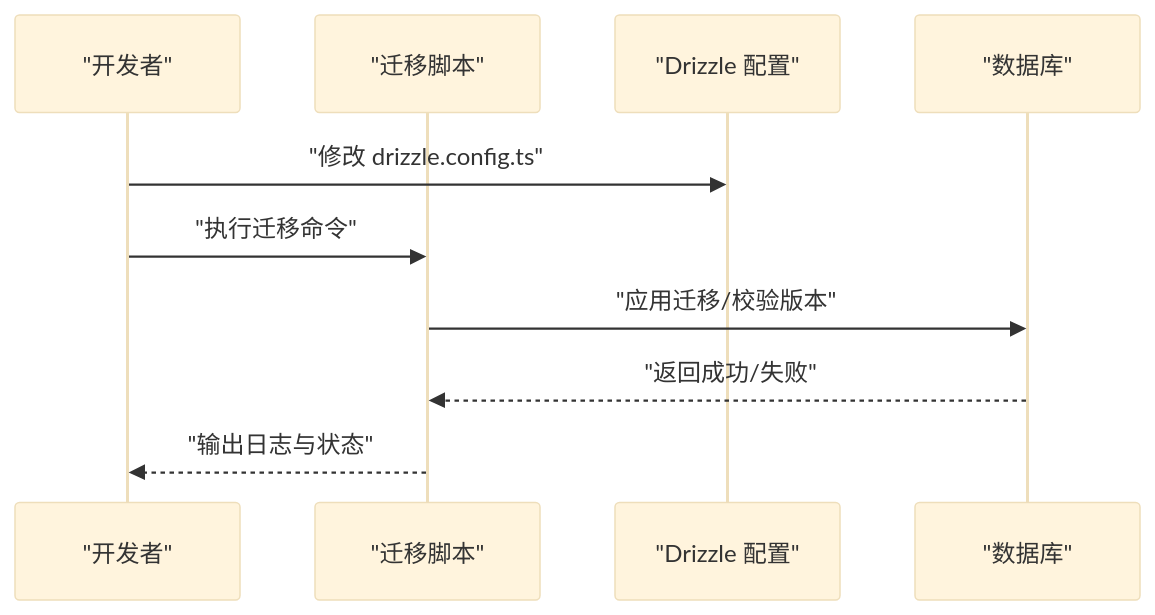
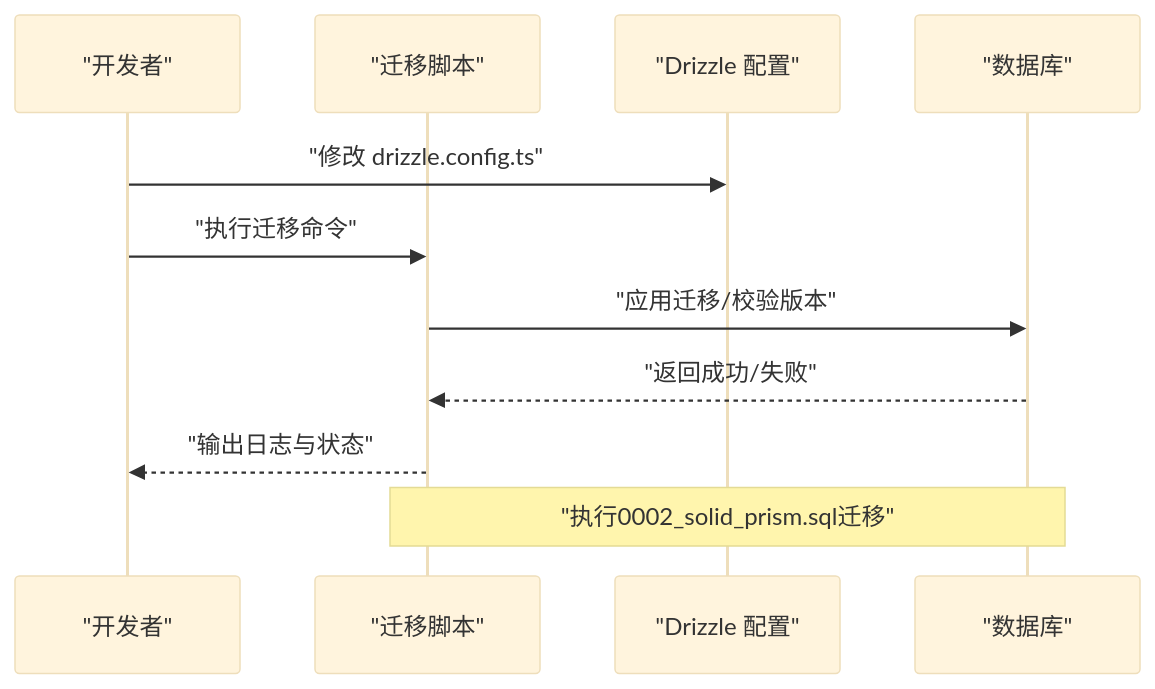
One commit to AIMFllyYS/code-video-canvas changed the fifth of 6 diagrams in .qoder/repowiki/zh/content/数据库设计.md. Above: the diagram before and after it, drawn with Mermaid (base theme). The commit also changed other lines of this file and 7 other files, not shown here.

````diff
--- a/.qoder/repowiki/zh/content/数据库设计.md
+++ b/.qoder/repowiki/zh/content/数据库设计.md
@@ -296,12 +352,13 @@
 ```mermaid
 sequenceDiagram
 participant Dev as "开发者"
 participant Migrate as "迁移脚本"
 participant Config as "Drizzle 配置"
 participant DB as "数据库"
 Dev->>Config : "修改 drizzle.config.ts"
 Dev->>Migrate : "执行迁移命令"
 Migrate->>DB : "应用迁移/校验版本"
 DB-->>Migrate : "返回成功/失败"
 Migrate-->>Dev : "输出日志与状态"
+Note over Migrate,DB : "执行0002_solid_prism.sql迁移"
 ```
````
